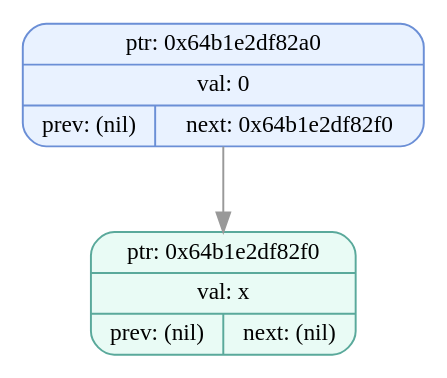
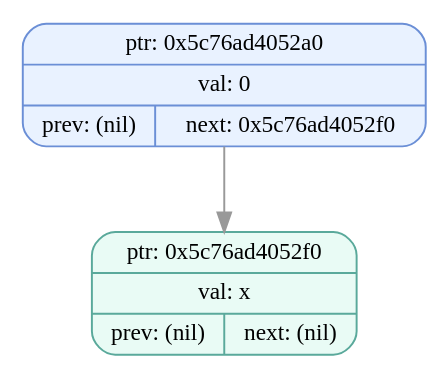
One commit to EvilTomato9890/Difference changed the diagram in dumps/tree_dump_000.dot. Above: the diagram before and after it, drawn with Graphviz. The commit also changed 80 other files, not shown here.

```diff
--- a/dumps/tree_dump_000.dot
+++ b/dumps/tree_dump_000.dot
@@ -1,7 +1,7 @@
 digraph T{
   node [fontname="Fira Mono",shape=record,style="filled,rounded",fontsize=12];
   graph [splines=true, nodesep=0.6, ranksep=0.6];
-  node_0x64b1e2df82a0[shape=record,label="{ {ptr: 0x64b1e2df82a0} | {val: 0} | { prev: (nil) | next: 0x64b1e2df82f0 } }",color="#6b8fd6",fillcolor="#e9f2ff"];
-  node_0x64b1e2df82f0[shape=record,label="{ {ptr: 0x64b1e2df82f0} | {val: x} | { prev: (nil) | next: (nil) } }",color="#5aa99b",fillcolor="#e9fbf5"];
-  node_0x64b1e2df82a0 -> node_0x64b1e2df82f0 [color="#999999"];
+  node_0x5c76ad4052a0[shape=record,label="{ {ptr: 0x5c76ad4052a0} | {val: 0} | { prev: (nil) | next: 0x5c76ad4052f0 } }",color="#6b8fd6",fillcolor="#e9f2ff"];
+  node_0x5c76ad4052f0[shape=record,label="{ {ptr: 0x5c76ad4052f0} | {val: x} | { prev: (nil) | next: (nil) } }",color="#5aa99b",fillcolor="#e9fbf5"];
+  node_0x5c76ad4052a0 -> node_0x5c76ad4052f0 [color="#999999"];
 }
```
